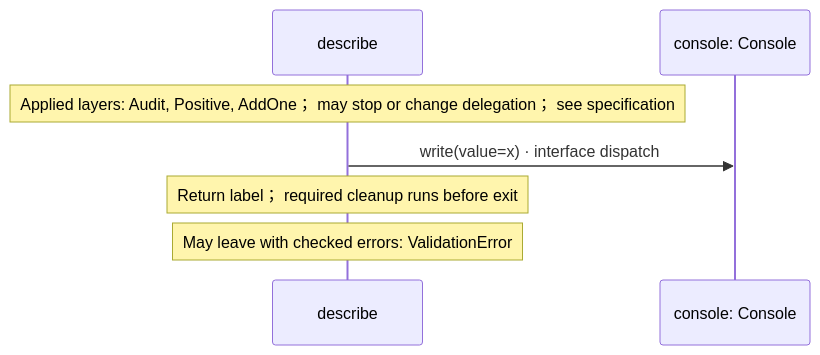
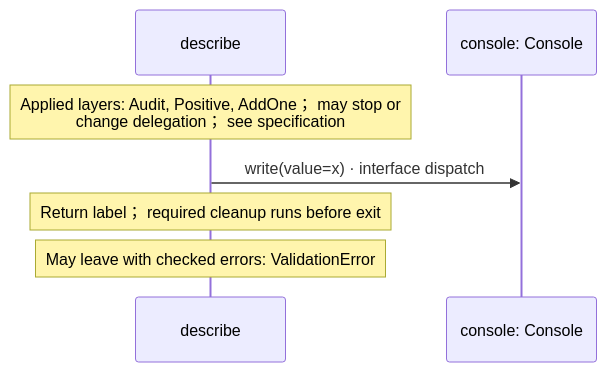
Before and after one commit to GreenPandaStudios/augscript: the third of 3 diagrams in docs/examples/interceptors/app-diagrams.md, drawn with Mermaid. The commit also changed 200 other files, not shown here.

Commit message:
Group imported operations and wrap readable sequence messages

````diff
--- a/docs/examples/interceptors/app-diagrams.md
+++ b/docs/examples/interceptors/app-diagrams.md
@@ -73,9 +73,9 @@
 ```mermaid
 sequenceDiagram
     participant p0 as describe
     participant p1 as console: Console
-    Note over p0: Applied layers: Audit, Positive, AddOne； may stop or change delegation； see specification
+    Note over p0: Applied layers: Audit, Positive, AddOne； may stop or<br/>change delegation； see specification
     p0->>p1: write(value=x) · interface dispatch
     Note over p0: Return label； required cleanup runs before exit
     Note over p0: May leave with checked errors: ValidationError
 ```
````
